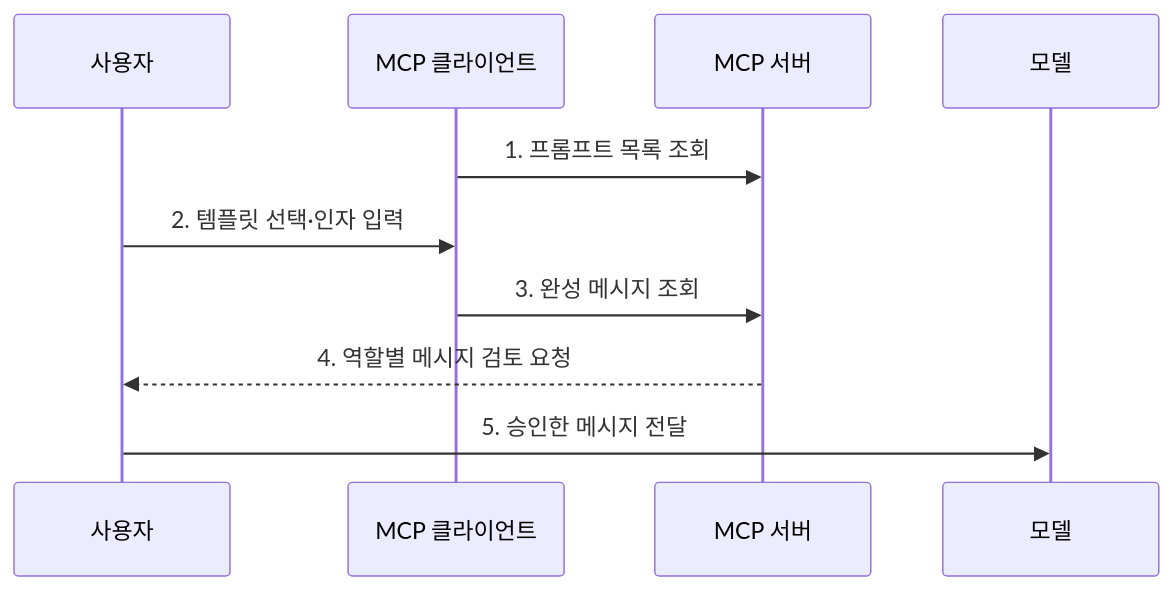
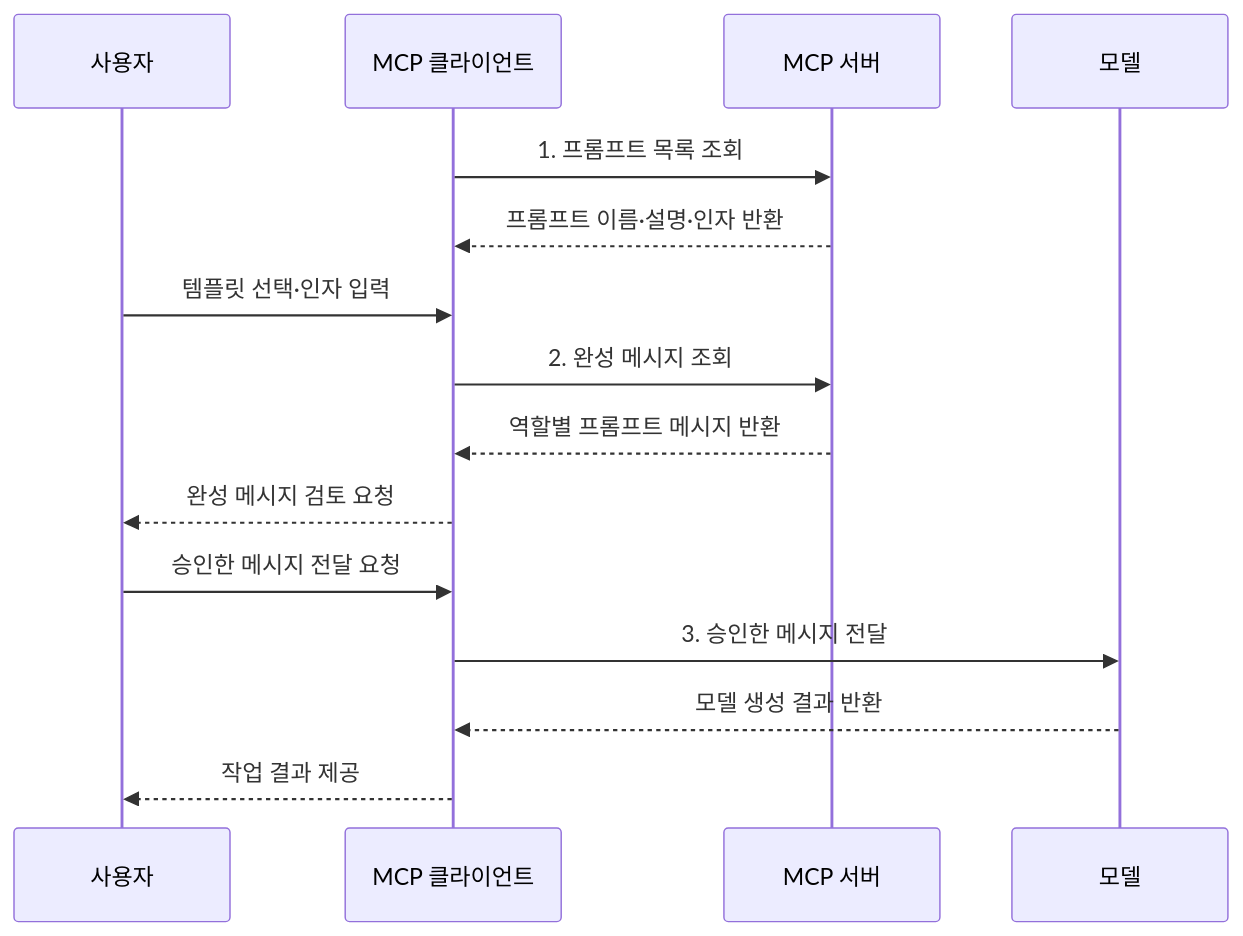
Before and after one commit to agnusdei1207/knowledge-base: the second of 2 diagrams in src/content/docs/notes/08-latest-tech/011_mcp_prompt.md, drawn with Mermaid. The commit also changed other lines of this file and 225 other files, not shown here.

````diff
--- a/src/content/docs/notes/08-latest-tech/011_mcp_prompt.md
+++ b/src/content/docs/notes/08-latest-tech/011_mcp_prompt.md
@@ -77,12 +77,17 @@
 ```mermaid
 sequenceDiagram
     participant U as 사용자
     participant C as MCP 클라이언트
     participant S as MCP 서버
     participant M as 모델
     C->>S: 1. 프롬프트 목록 조회
-    U->>C: 2. 템플릿 선택·인자 입력
-    C->>S: 3. 완성 메시지 조회
-    S-->>U: 4. 역할별 메시지 검토 요청
-    U->>M: 5. 승인한 메시지 전달
+    S-->>C: 프롬프트 이름·설명·인자 반환
+    U->>C: 템플릿 선택·인자 입력
+    C->>S: 2. 완성 메시지 조회
+    S-->>C: 역할별 프롬프트 메시지 반환
+    C-->>U: 완성 메시지 검토 요청
+    U->>C: 승인한 메시지 전달 요청
+    C->>M: 3. 승인한 메시지 전달
+    M-->>C: 모델 생성 결과 반환
+    C-->>U: 작업 결과 제공
 ```
````
